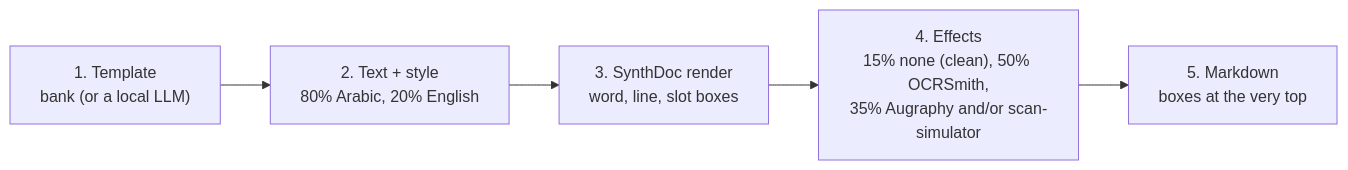
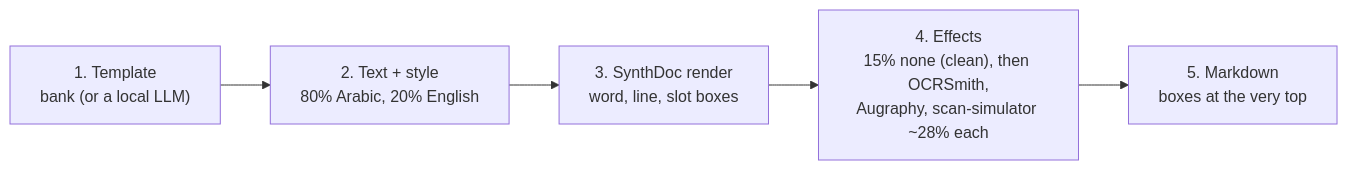
The ninth of 12 diagrams in README.md (Yousef10p/OCRSynthGen), drawn with Mermaid before and after one commit. The commit also changed other lines of this file and 2 other files, not shown here.

First line of the commit message:
Split effects evenly between OCRSmith, Augraphy and scan-simulator

````diff
--- a/README.md
+++ b/README.md
@@ -443,7 +443,7 @@
 ```mermaid
 flowchart LR
     T["1. Template<br/>bank (or a local LLM)"] --> F["2. Text + style<br/>80% Arabic, 20% English"]
     F --> R["3. SynthDoc render<br/>word, line, slot boxes"]
-    R --> E["4. Effects<br/>15% none (clean), 50% OCRSmith,<br/>35% Augraphy and/or scan-simulator"]
+    R --> E["4. Effects<br/>15% none (clean), then OCRSmith,<br/>Augraphy, scan-simulator ~28% each"]
     E --> M["5. Markdown<br/>boxes at the very top"]
 ```
````
